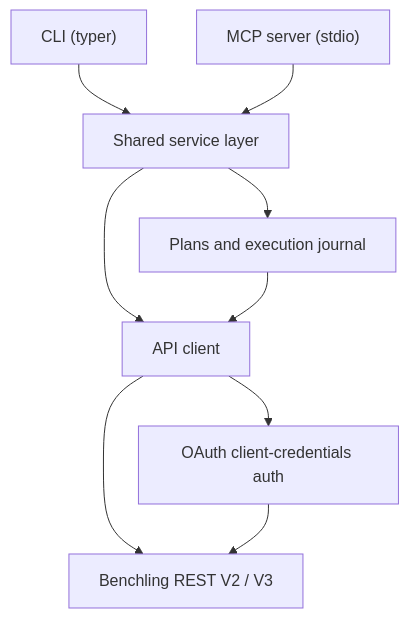
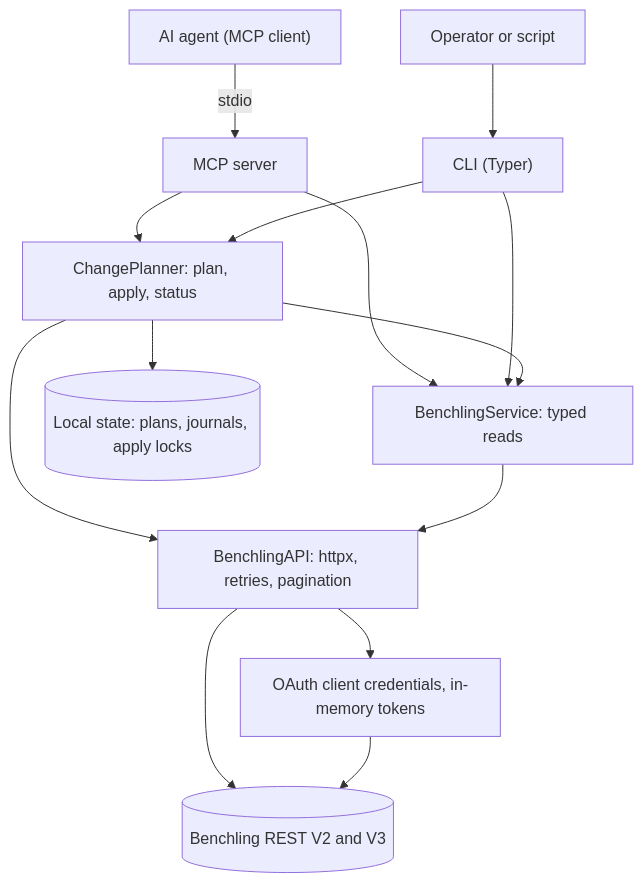
The diagram in README.md (jmamodeo/benchling-cli), drawn with Mermaid before and after one commit. The commit also changed other lines of this file and 4 other files, not shown here.

````diff
--- a/README.md
+++ b/README.md
@@ -151,11 +259,16 @@
 ```mermaid
 flowchart TD
-    CLI["CLI (typer)"] --> SVC
-    MCP["MCP server (stdio)"] --> SVC
-    SVC["Shared service layer"] --> PLANS["Plans and execution journal"]
-    SVC --> API["API client"]
-    PLANS --> API
-    API --> AUTH["OAuth client-credentials auth"]
-    API --> REST["Benchling REST V2 / V3"]
-    AUTH --> REST
+    Agent["AI agent (MCP client)"] -->|stdio| MCP["MCP server"]
+    Operator["Operator or script"] --> CLI["CLI (Typer)"]
+    MCP --> SVC["BenchlingService: typed reads"]
+    CLI --> SVC
+    MCP --> PLANNER["ChangePlanner: plan, apply, status"]
+    CLI --> PLANNER
+    PLANNER --> SVC
+    PLANNER --> STORE[("Local state: plans, journals, apply locks")]
+    PLANNER --> API["BenchlingAPI: httpx, retries, pagination"]
+    SVC --> API
+    API --> AUTH["OAuth client credentials, in-memory tokens"]
+    API --> BENCHLING[("Benchling REST V2 and V3")]
+    AUTH --> BENCHLING
 ```
````
